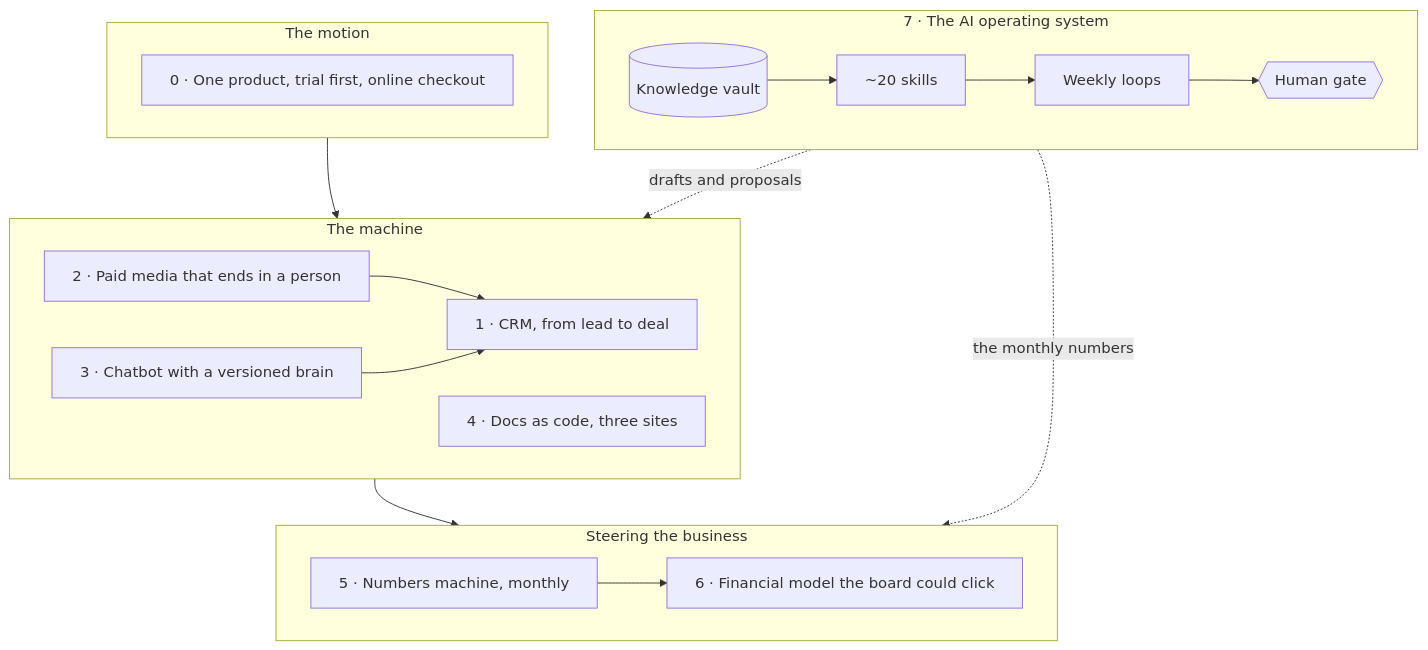
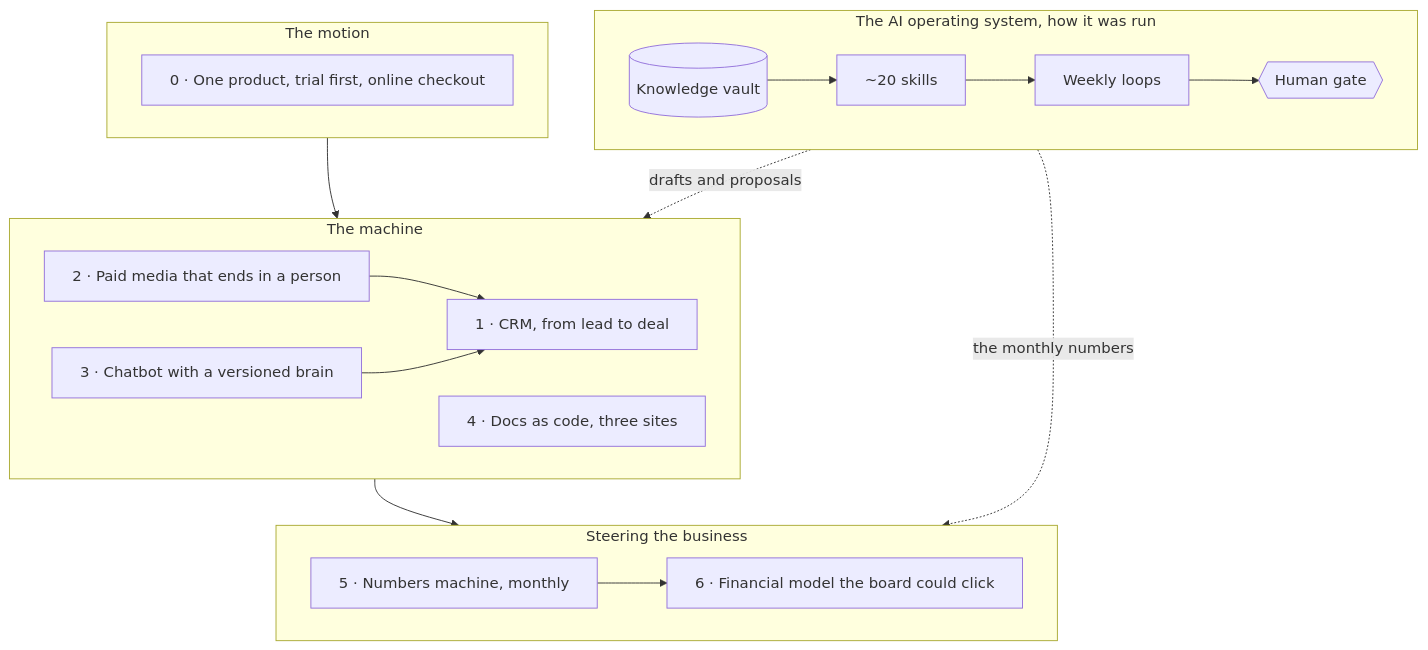
The diagram in README.md (nunomnferreirapt/ai-operated-growth-engine), drawn with Mermaid before and after one commit. The commit also changed 1 other file, not shown here.

Commit message:
How it was run is the unnumbered opening chapter: Start here line in the index, no number on the front page box (Nuno, 16 Oct)
Claude-Session: https://claude.ai/code/session_013vAMTruojjzTuNGSxvVixS

````diff
--- a/README.md
+++ b/README.md
@@ -11,24 +11,24 @@
 ```mermaid
 %%{init: {"flowchart": {"wrappingWidth": 600}}}%%
 flowchart TB
-    subgraph OS["7 · The AI operating system"]
+    subgraph OS["The AI operating system, how it was run"]
         direction LR
         V[("Knowledge vault")] --> SK["~20 skills"] --> L["Weekly loops"] --> G{{"Human gate"}}
     end
     subgraph MO["The motion"]
         C0["0 · One product, trial first, online checkout"]
     end
     subgraph MA["The machine"]
         direction LR
         C2["2 · Paid media that ends in a person"] --> C1["1 · CRM, from lead to deal"]
         C3["3 · Chatbot with a versioned brain"] --> C1
         C4["4 · Docs as code, three sites"]
     end
     subgraph ST["Steering the business"]
         direction LR
         C5["5 · Numbers machine, monthly"] --> C6["6 · Financial model the board could click"]
     end
     MO --> MA --> ST
     OS -. drafts and proposals .-> MA
     OS -. the monthly numbers .-> ST
 ```
````
